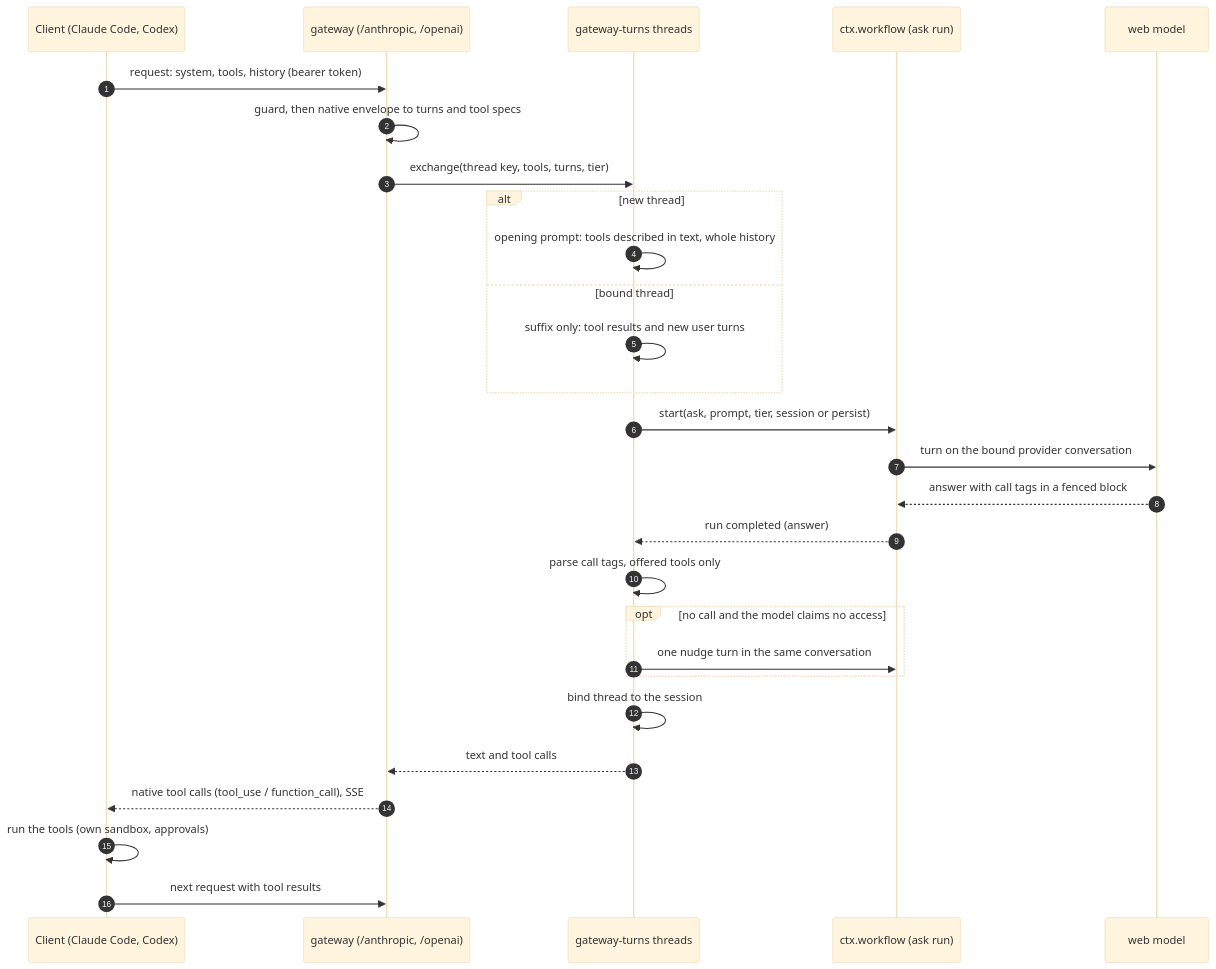
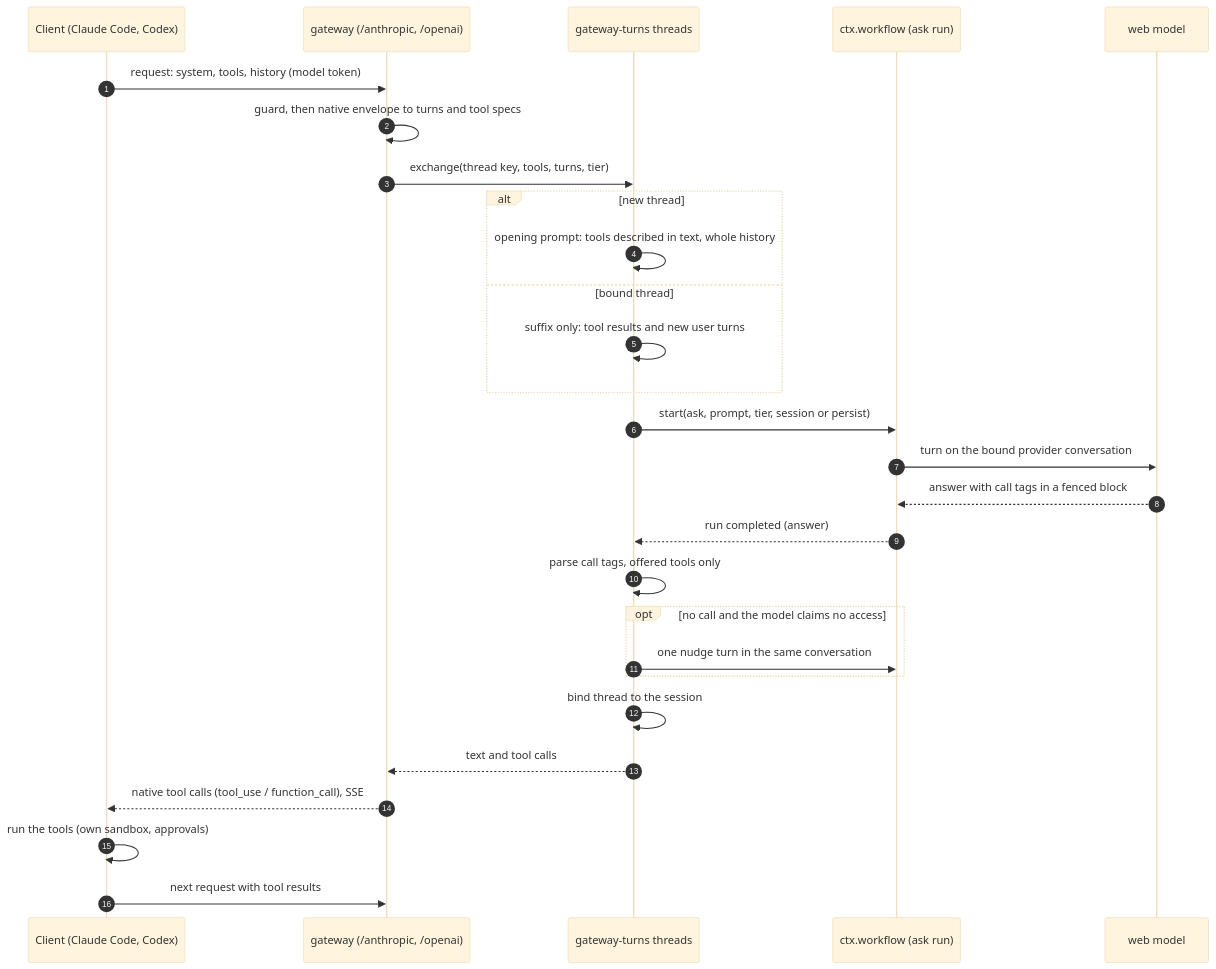
Before and after one commit to tsuuanmi/system: the third of 4 diagrams in docs/architecture/data-flow.md, drawn with Mermaid (base theme). The commit also changed 55 other files, not shown here.

````diff
--- a/docs/architecture/data-flow.md
+++ b/docs/architecture/data-flow.md
@@ -105,30 +105,30 @@
 ```mermaid
 sequenceDiagram
   autonumber
   participant CL as Client (Claude Code, Codex)
   participant G as gateway (/anthropic, /openai)
   participant TH as gateway-turns threads
   participant W as ctx.workflow (ask run)
   participant M as web model
-  CL->>G: request: system, tools, history (bearer token)
+  CL->>G: request: system, tools, history (model token)
   G->>G: guard, then native envelope to turns and tool specs
   G->>TH: exchange(thread key, tools, turns, tier)
   alt new thread
     TH->>TH: opening prompt: tools described in text, whole history
   else bound thread
     TH->>TH: suffix only: tool results and new user turns
   end
   TH->>W: start(ask, prompt, tier, session or persist)
   W->>M: turn on the bound provider conversation
   M-->>W: answer with call tags in a fenced block
   W-->>TH: run completed (answer)
   TH->>TH: parse call tags, offered tools only
   opt no call and the model claims no access
     TH->>W: one nudge turn in the same conversation
   end
   TH->>TH: bind thread to the session
   TH-->>G: text and tool calls
   G-->>CL: native tool calls (tool_use / function_call), SSE
   CL->>CL: run the tools (own sandbox, approvals)
   CL->>G: next request with tool results
 ```
````
